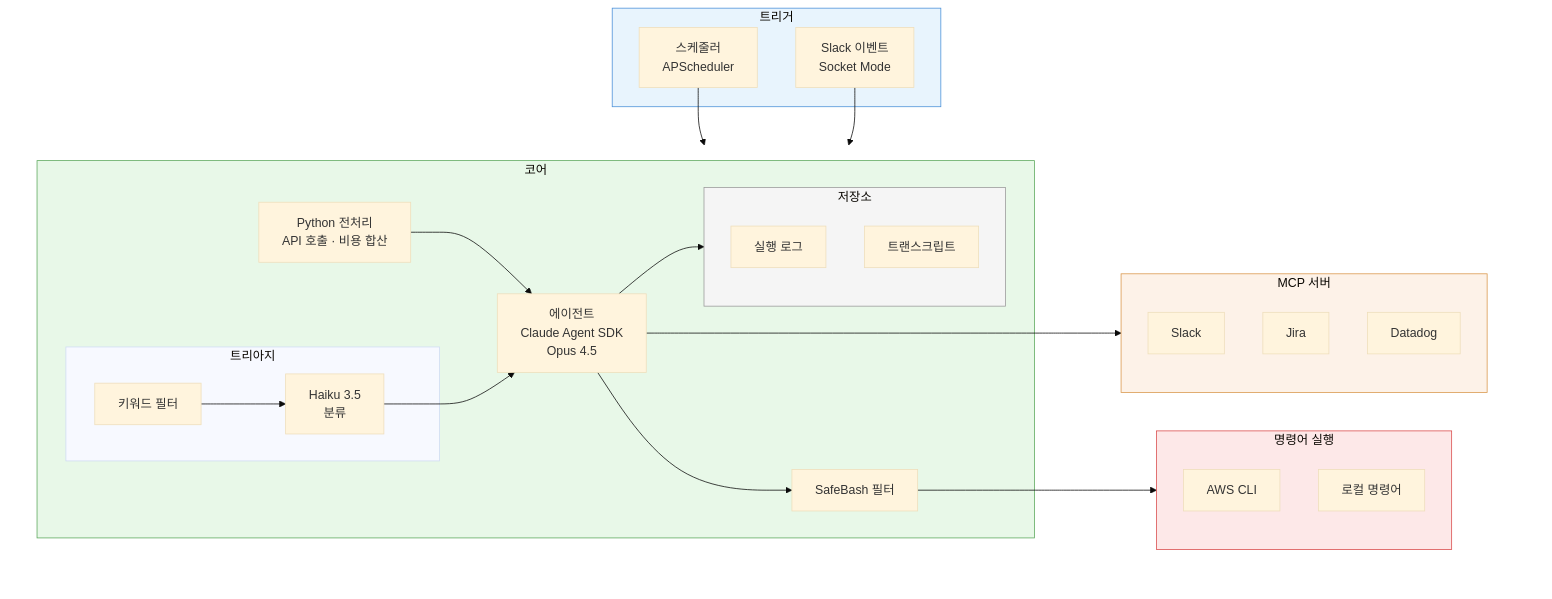
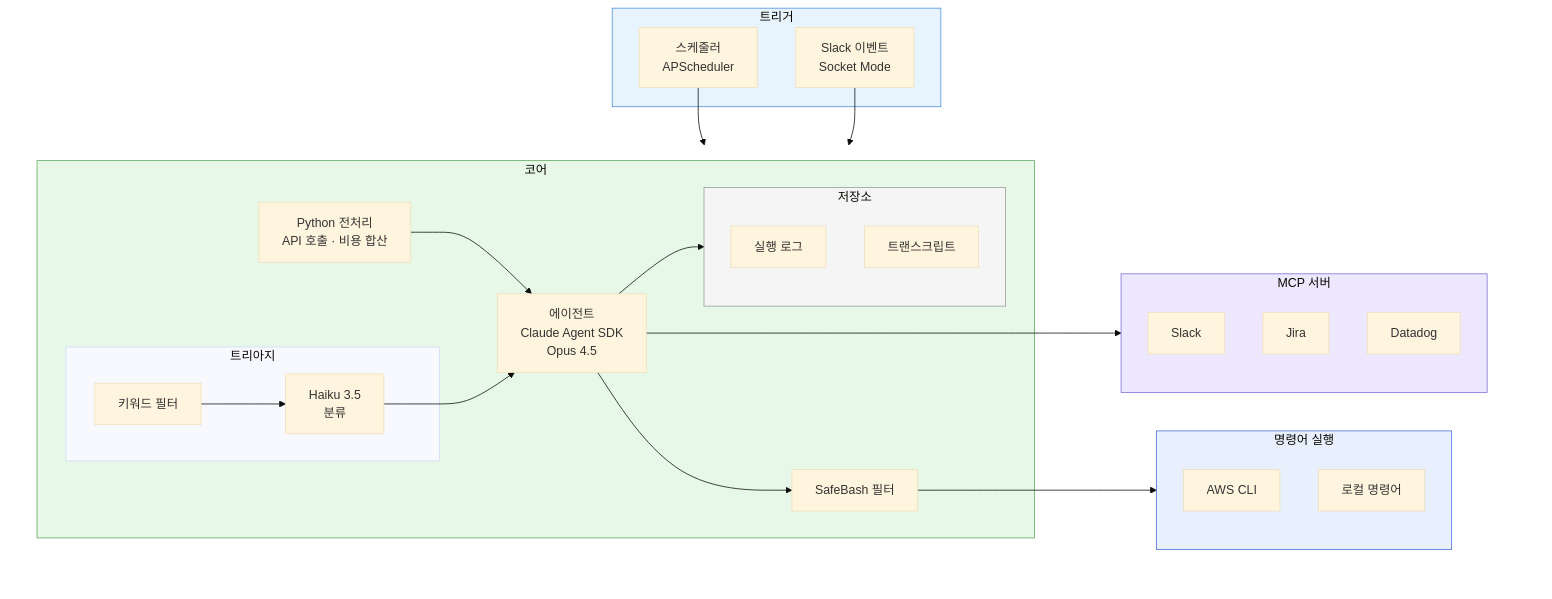
Before and after one commit to kimduksoo/duksoo-tech-blog: the first of 3 diagrams in content/ai/ai-infra-automation.md, drawn with Mermaid (base theme). The commit also changed other lines of this file, not shown here.

Commit message:
style: Mermaid 다이어그램 색상 변경, 배경 섹션 문구 수정

````diff
--- a/content/ai/ai-infra-automation.md
+++ b/content/ai/ai-infra-automation.md
@@ -26,48 +26,48 @@
 ```mermaid
 flowchart TB
     subgraph 트리거
         Cron[스케줄러<br/>APScheduler]
         Event[Slack 이벤트<br/>Socket Mode]
     end
 
     subgraph 시스템[" "]
         direction LR
         subgraph 외부도구[" "]
             subgraph MCP[MCP 서버]
                 S[Slack]
                 J[Jira]
                 D[Datadog]
             end
             subgraph CLI[명령어 실행]
                 AWS[AWS CLI]
                 Local[로컬 명령어]
             end
         end
         subgraph 코어
             subgraph 트리아지
                 KW[키워드 필터] --> Haiku[Haiku 3.5<br/>분류]
             end
             Pre[Python 전처리<br/>API 호출 · 비용 합산] --> Agent[에이전트<br/>Claude Agent SDK<br/>Opus 4.5]
             Haiku --> Agent
             subgraph 저장소
                 Log[실행 로그]
                 Transcript[트랜스크립트]
             end
             Agent --> 저장소
             Agent --> Safe[SafeBash 필터]
         end
     end
 
     Cron --> Pre
     Event --> KW
     Agent --> MCP
     Safe --> CLI
 
     style 트리거 fill:#e8f4fd,stroke:#4a90d9
     style 시스템 fill:none,stroke:none
     style 외부도구 fill:none,stroke:none
     style 코어 fill:#e8f8e8,stroke:#5ba85b
     style 저장소 fill:#f5f5f5,stroke:#999999
-    style MCP fill:#fdf2e8,stroke:#d9964a
-    style CLI fill:#fde8e8,stroke:#d94a4a
+    style MCP fill:#ede8fd,stroke:#7a6dd9
+    style CLI fill:#e8f0fd,stroke:#4a6dd9
 ```
````
